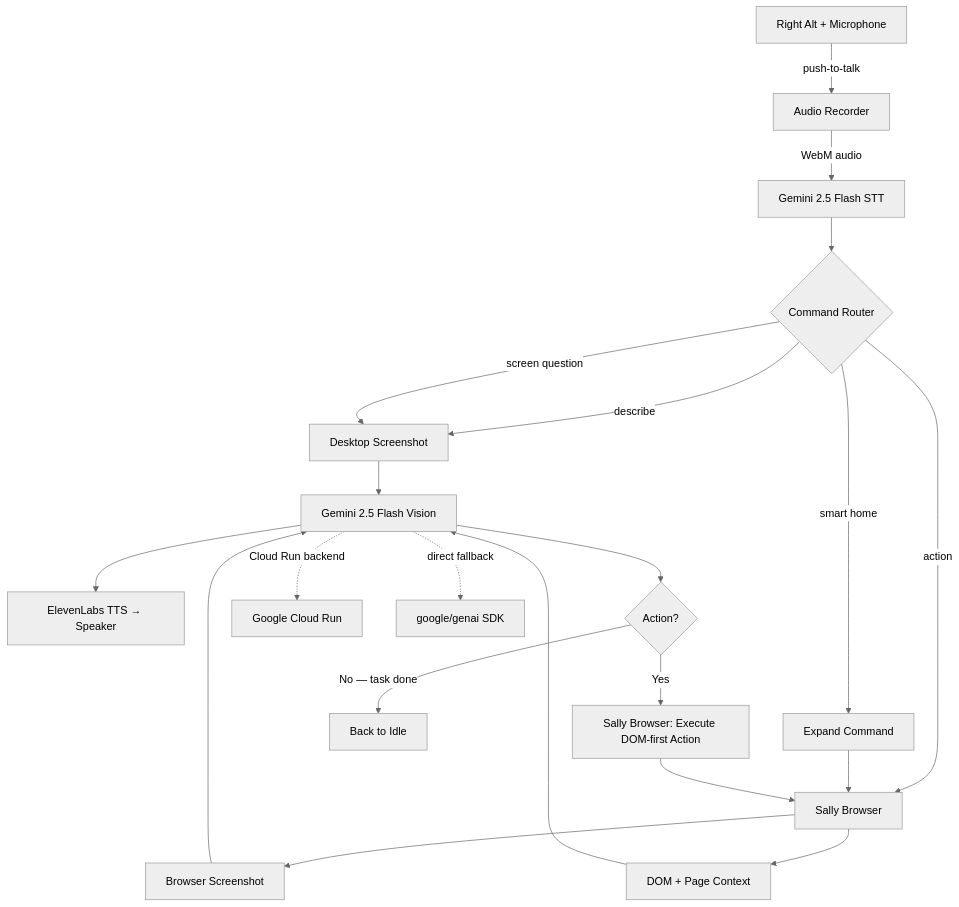
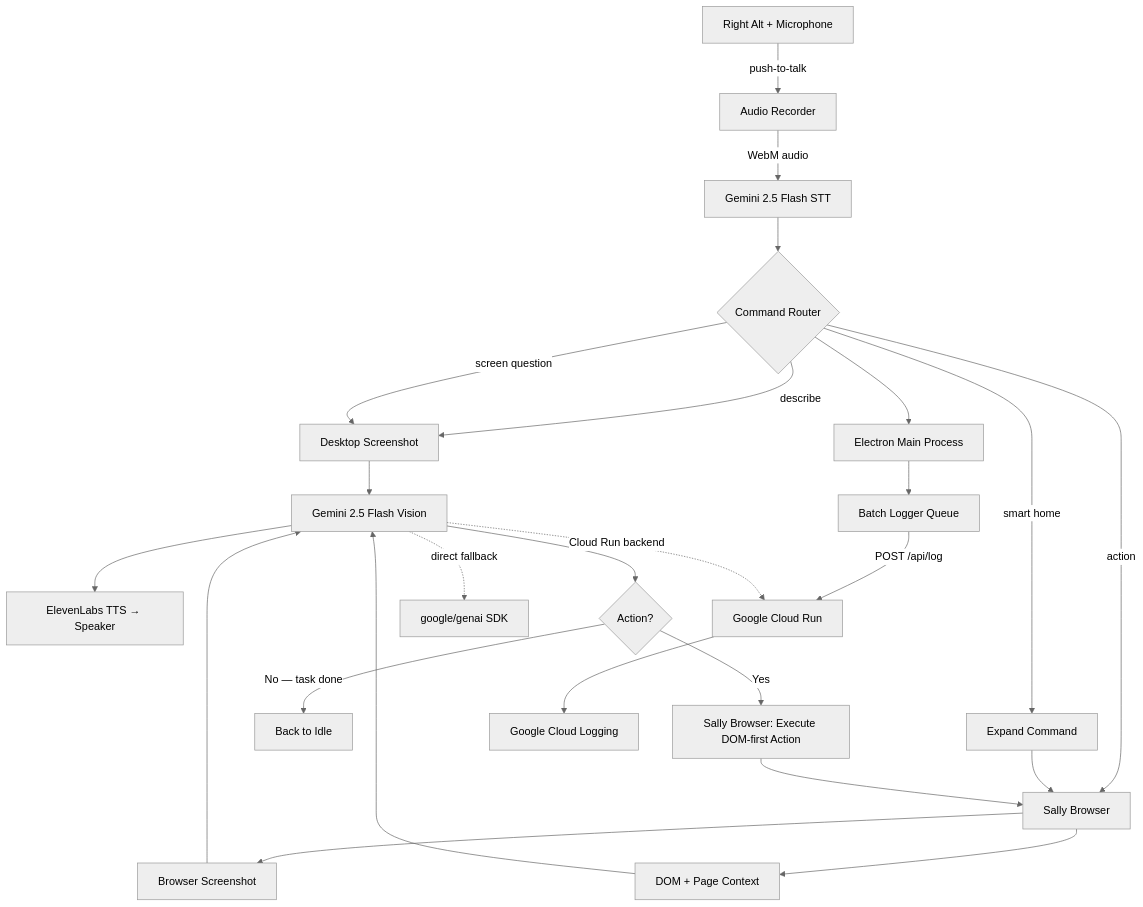
One commit to Manoj7ar/Sally changed the diagram in README.md. Above: the diagram before and after it, drawn with Mermaid (neutral theme). The commit also changed other lines of this file and 13 other files, not shown here.

Commit message:
Add optional Google Cloud Logging integration

````diff
--- a/README.md
+++ b/README.md
@@ -66,26 +66,30 @@
 ```mermaid
 graph TD
     A[Right Alt + Microphone] -->|push-to-talk| B[Audio Recorder]
     B -->|WebM audio| C[Gemini 2.5 Flash STT]
     C --> D{Command Router}
+    D --> MAIN[Electron Main Process]
 
     D -->|describe| E[Desktop Screenshot]
     D -->|screen question| E
     D -->|action| SB
     D -->|smart home| EXPAND[Expand Command] --> SB
 
     E --> GEMINI[Gemini 2.5 Flash Vision]
     SB[Sally Browser] --> SHOT[Browser Screenshot]
     SB --> CTX[DOM + Page Context]
     SHOT --> GEMINI
     CTX --> GEMINI
 
     GEMINI --> TTS[ElevenLabs TTS → Speaker]
     GEMINI --> CHECK{Action?}
     CHECK -->|No — task done| IDLE[Back to Idle]
     CHECK -->|Yes| EXEC[Sally Browser: Execute DOM-first Action]
     EXEC --> SB
 
+    MAIN --> LOGQ[Batch Logger Queue]
+    LOGQ -->|POST /api/log| CR
     GEMINI -.->|Cloud Run backend| CR[Google Cloud Run]
     GEMINI -.->|direct fallback| SDK[google/genai SDK]
+    CR --> GCL[Google Cloud Logging]
 ```
````
